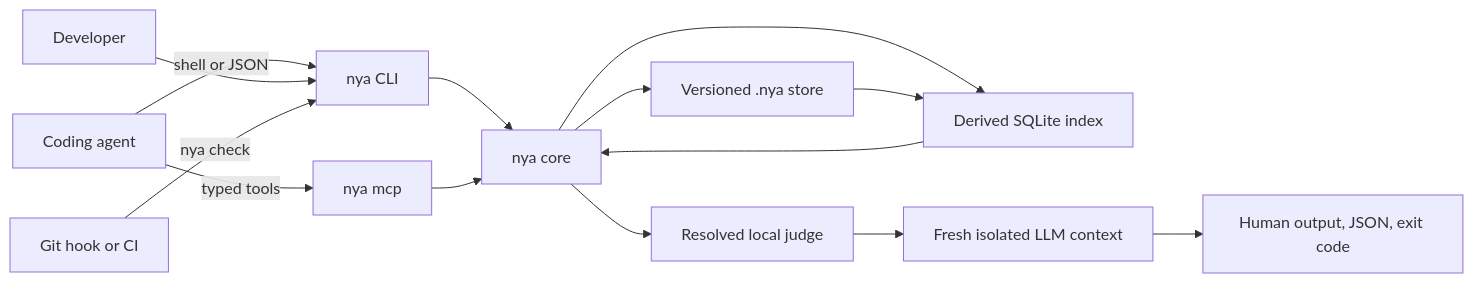
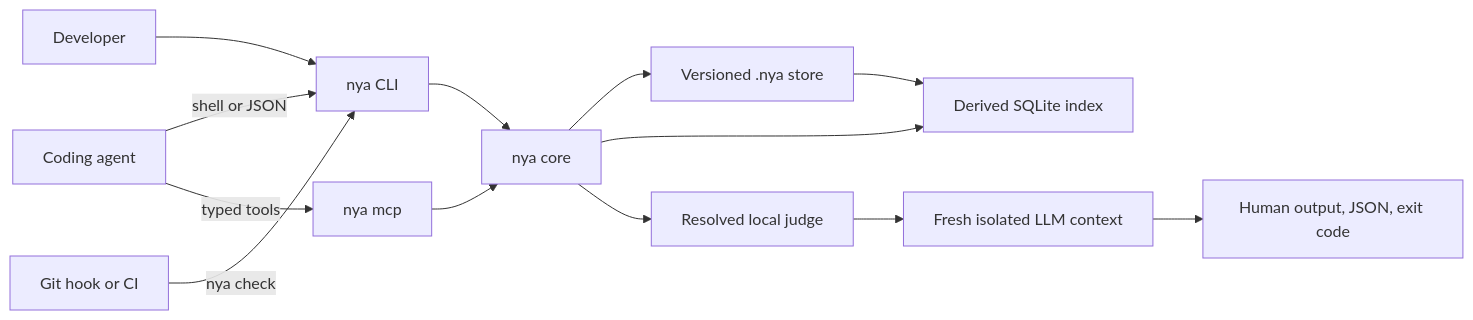
One commit to lucasrgt/not-you-again changed the diagram in README.md. Above: the diagram before and after it, drawn with Mermaid. The commit also changed other lines of this file and 1 other file, not shown here.

````diff
--- a/README.md
+++ b/README.md
@@ -652,18 +407,17 @@
 ```mermaid
 flowchart LR
     AGENT["Coding agent"] -->|"shell or JSON"| CLI["nya CLI"]
     AGENT -->|"typed tools"| MCP["nya mcp"]
     HUMAN["Developer"] --> CLI
     CI["Git hook or CI"] -->|"nya check"| CLI
 
     CLI --> CORE["nya core"]
     MCP --> CORE
     CORE --> STORE["Versioned .nya store"]
     CORE --> INDEX["Derived SQLite index"]
     CORE --> RUNNER["Resolved local judge"]
     RUNNER --> JUDGE["Fresh isolated LLM context"]
 
     STORE --> INDEX
-    INDEX --> CORE
     JUDGE --> RESULT["Human output, JSON, exit code"]
 ```
````
